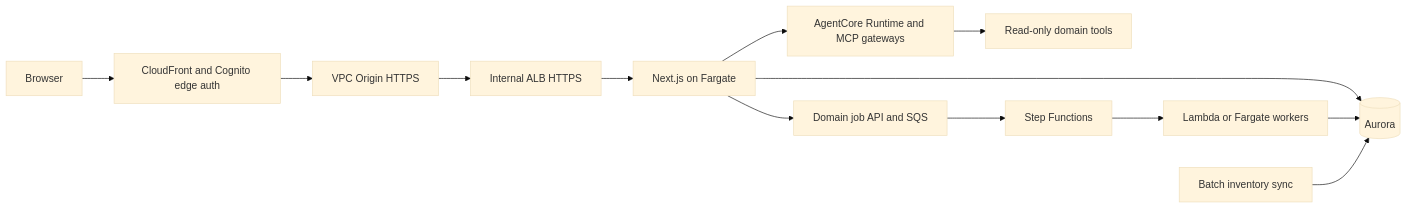
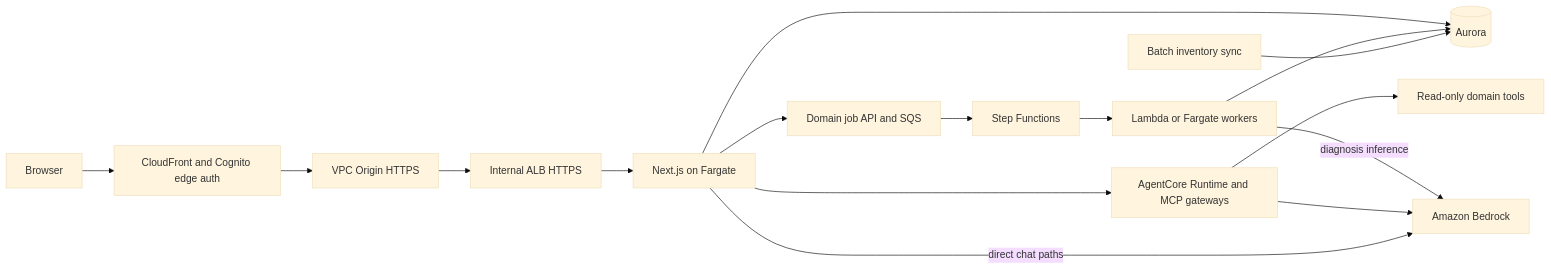
The diagram in README.md (Atom-oh/awsops), drawn with Mermaid (base theme) before and after one commit. The commit also changed 5 other files, not shown here.

````diff
--- a/README.md
+++ b/README.md
@@ -12,15 +12,18 @@
 ```mermaid
 flowchart LR
   Browser --> CF[CloudFront and Cognito edge auth]
   CF --> VO[VPC Origin HTTPS]
   VO --> ALB[Internal ALB HTTPS]
   ALB --> Web[Next.js on Fargate]
   Web --> DB[(Aurora)]
   Web --> AI[AgentCore Runtime and MCP gateways]
   AI --> Read[Read-only domain tools]
   Web --> Jobs[Domain job API and SQS]
   Jobs --> SFN[Step Functions]
   SFN --> Workers[Lambda or Fargate workers]
   Workers --> DB
+  Workers -->|diagnosis inference| Bedrock[Amazon Bedrock]
+  AI --> Bedrock
+  Web -->|direct chat paths| Bedrock
   Sync[Batch inventory sync] --> DB
 ```
````
